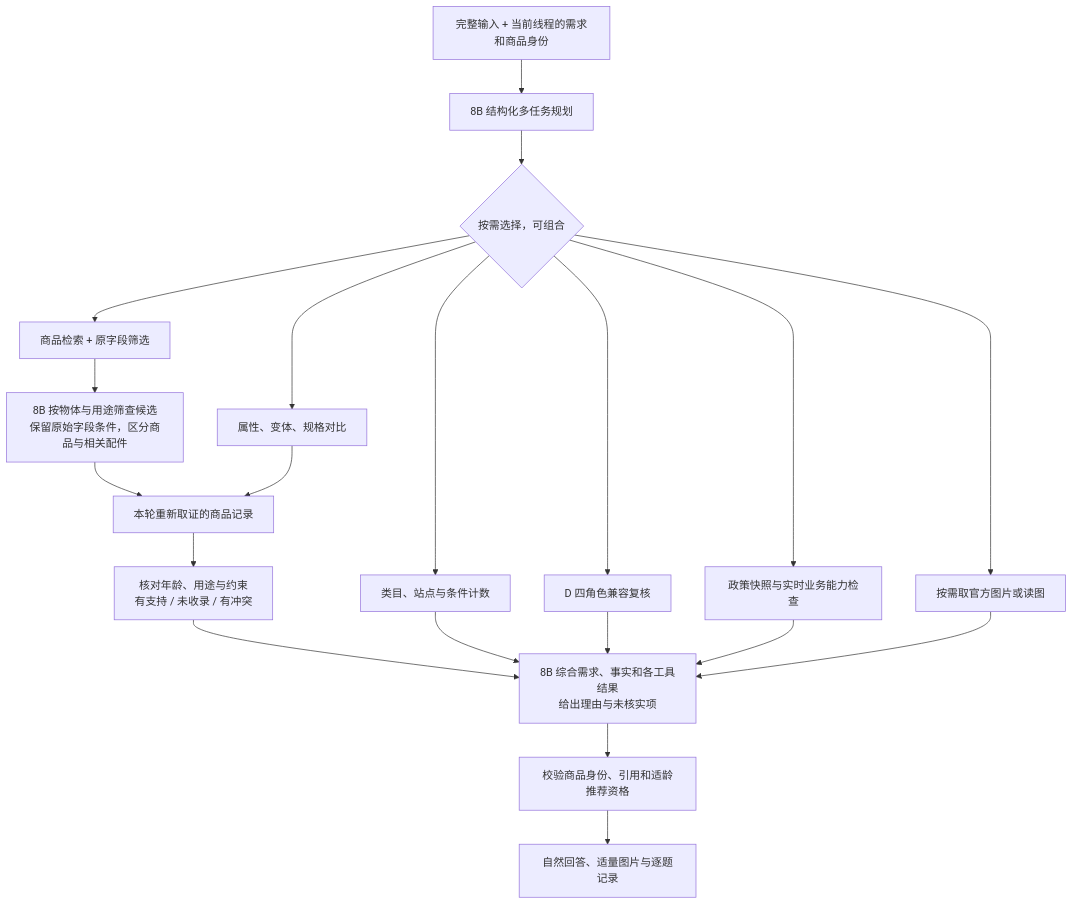
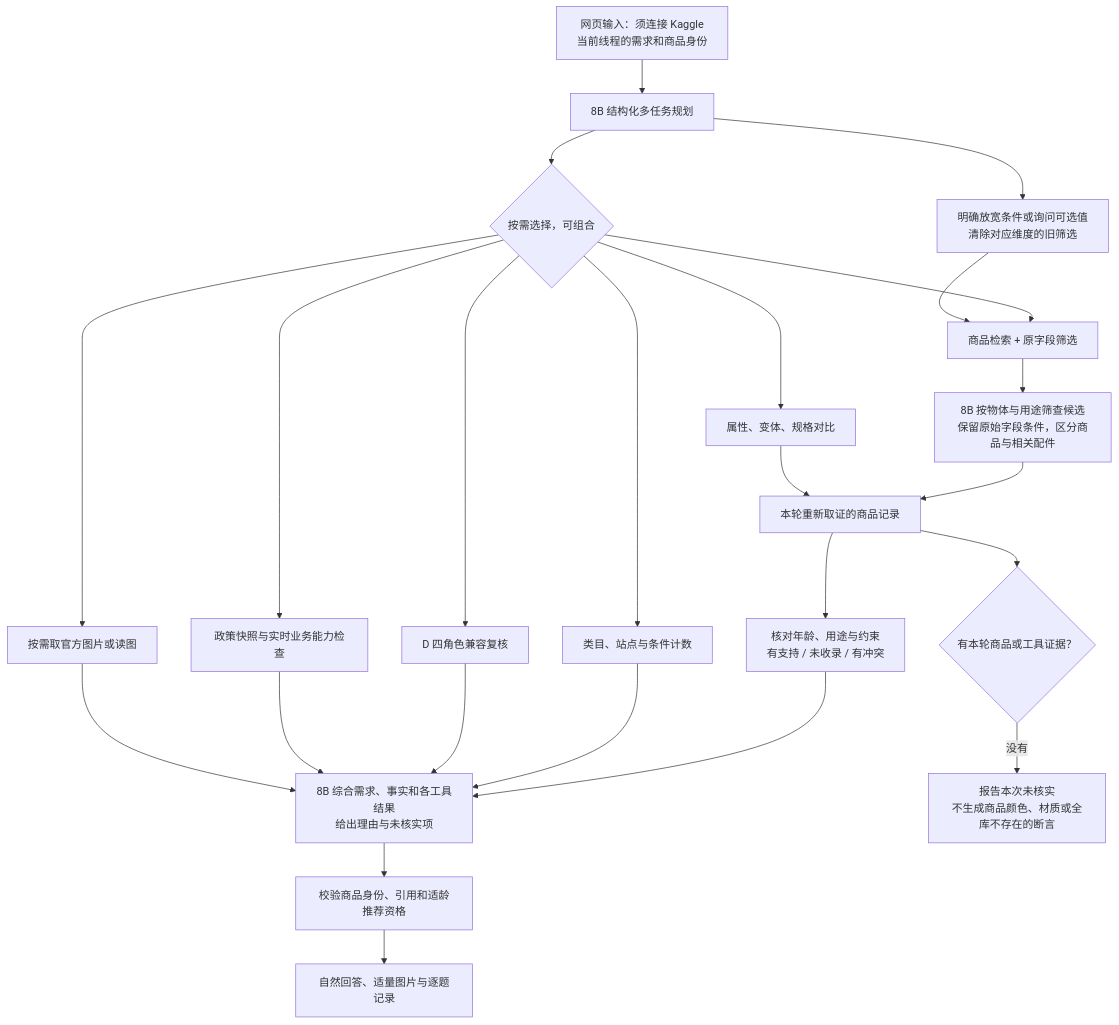
Before and after one commit to AaronYue77/ABO-Adaptive-RAG: the first of 2 diagrams in docs/多任务对话与恢复.md, drawn with Mermaid. The commit also changed other lines of this file and 17 other files, not shown here.

````diff
--- a/docs/多任务对话与恢复.md
+++ b/docs/多任务对话与恢复.md
@@ -5,22 +5,26 @@
 ```mermaid
 flowchart TD
-    input["完整输入 + 当前线程的需求和商品身份"] --> plan["8B 结构化多任务规划"]
+    input["网页输入：须连接 Kaggle<br/>当前线程的需求和商品身份"] --> plan["8B 结构化多任务规划"]
     plan --> tasks{"按需选择，可组合"}
     tasks --> search["商品检索 + 原字段筛选"]
     tasks --> tally["类目、站点与条件计数"]
     tasks --> fields["属性、变体、规格对比"]
     tasks --> roles["D 四角色兼容复核"]
     tasks --> policy["政策快照与实时业务能力检查"]
     tasks --> visual["按需取官方图片或读图"]
     search --> rank["8B 按物体与用途筛查候选<br/>保留原始字段条件，区分商品与相关配件"]
     rank --> evidence["本轮重新取证的商品记录"]
     fields --> evidence
     evidence --> eligibility["核对年龄、用途与约束<br/>有支持 / 未收录 / 有冲突"]
+    plan --> release["明确放宽条件或询问可选值<br/>清除对应维度的旧筛选"]
+    release --> search
     eligibility --> answer["8B 综合需求、事实和各工具结果<br/>给出理由与未核实项"]
     tally --> answer
     roles --> answer
     policy --> answer
     visual --> answer
     answer --> guard["校验商品身份、引用和适龄推荐资格"]
     guard --> logs["自然回答、适量图片与逐题记录"]
+    evidence --> missing{"有本轮商品或工具证据？"}
+    missing -->|没有| safe["报告本次未核实<br/>不生成商品颜色、材质或全库不存在的断言"]
 ```
````
